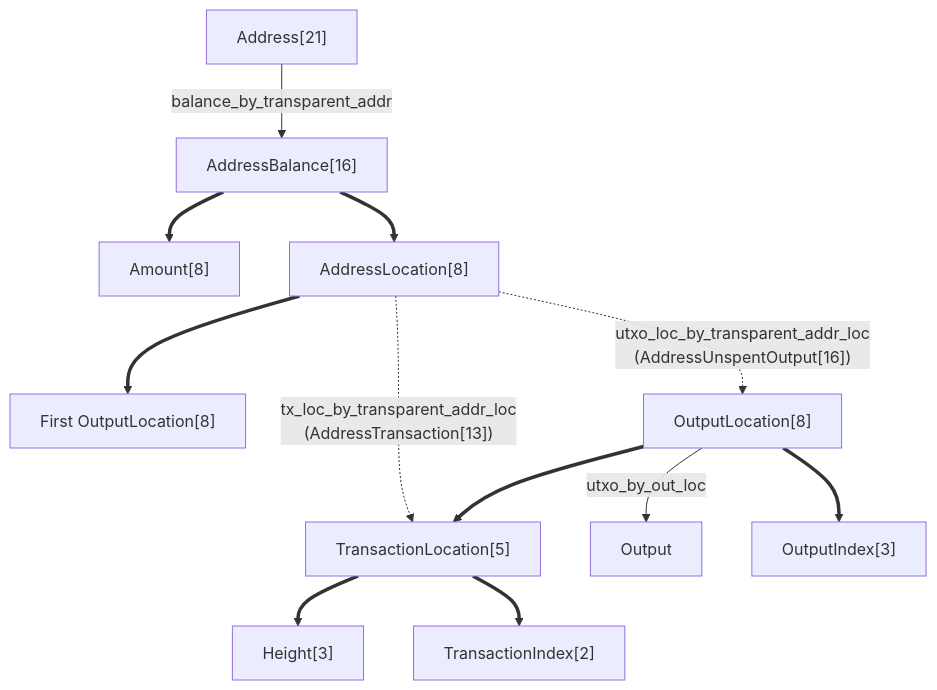
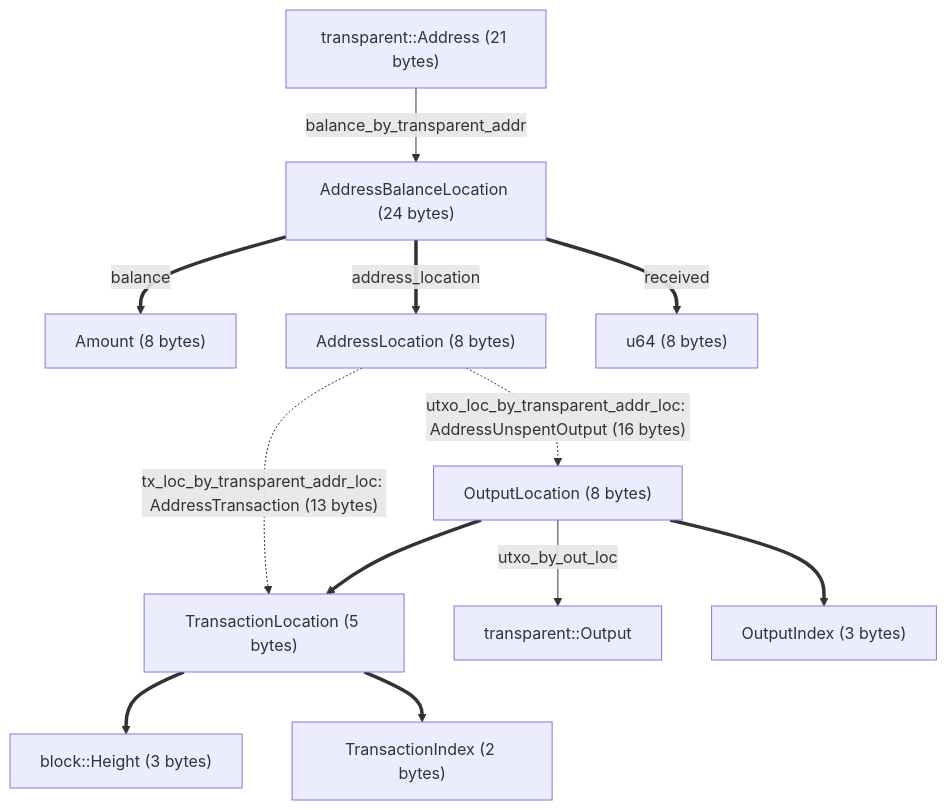
The diagram in book/src/dev/state-db-upgrades.md (ZcashFoundation/zebra), drawn with Mermaid before and after one commit. The commit also changed other lines of this file and 20 other files, not shown here.

First line of the commit message:
docs(book): rewrite the architecture and state format pages and annotate the RFCs

````diff
--- a/book/src/dev/state-db-upgrades.md
+++ b/book/src/dev/state-db-upgrades.md
@@ -452,25 +413,14 @@
 ```mermaid
-graph TD;
-    Address -->|"balance_by_transparent_addr<br/>"| AddressBalance;
-    AddressBalance ==> Amount;
-    AddressBalance ==> AddressLocation;
-    AddressLocation ==> FirstOutputLocation;
-    AddressLocation -.->|"tx_loc_by_transparent_addr_loc<br/>(AddressTransaction[13])"| TransactionLocation;
-    TransactionLocation ==> Height;
-    TransactionLocation ==> TransactionIndex;
-    OutputLocation -->|utxo_by_out_loc| Output;
-    OutputLocation ==> TransactionLocation;
-    OutputLocation ==> OutputIndex;
-    AddressLocation -.->|"utxo_loc_by_transparent_addr_loc<br/>(AddressUnspentOutput[16])"| OutputLocation;
-
-    AddressBalance["AddressBalance[16]"];
-    Amount["Amount[8]"];
-    Height["Height[3]"];
-    Address["Address[21]"];
-    TransactionIndex["TransactionIndex[2]"];
-    TransactionLocation["TransactionLocation[5]"];
-    OutputIndex["OutputIndex[3]"];
-    OutputLocation["OutputLocation[8]"];
-    FirstOutputLocation["First OutputLocation[8]"];
-    AddressLocation["AddressLocation[8]"];
+flowchart TD
+    address["transparent::Address (21 bytes)"] -->|balance_by_transparent_addr| balance["AddressBalanceLocation (24 bytes)"]
+    balance ==>|balance| amount["Amount (8 bytes)"]
+    balance ==>|address_location| location["AddressLocation (8 bytes)"]
+    balance ==>|received| received["u64 (8 bytes)"]
+    location -.->|"tx_loc_by_transparent_addr_loc: AddressTransaction (13 bytes)"| transaction["TransactionLocation (5 bytes)"]
+    location -.->|"utxo_loc_by_transparent_addr_loc: AddressUnspentOutput (16 bytes)"| output_location["OutputLocation (8 bytes)"]
+    output_location -->|utxo_by_out_loc| output["transparent::Output"]
+    output_location ==> transaction
+    output_location ==> output_index["OutputIndex (3 bytes)"]
+    transaction ==> height["block::Height (3 bytes)"]
+    transaction ==> transaction_index["TransactionIndex (2 bytes)"]
 ```
````
